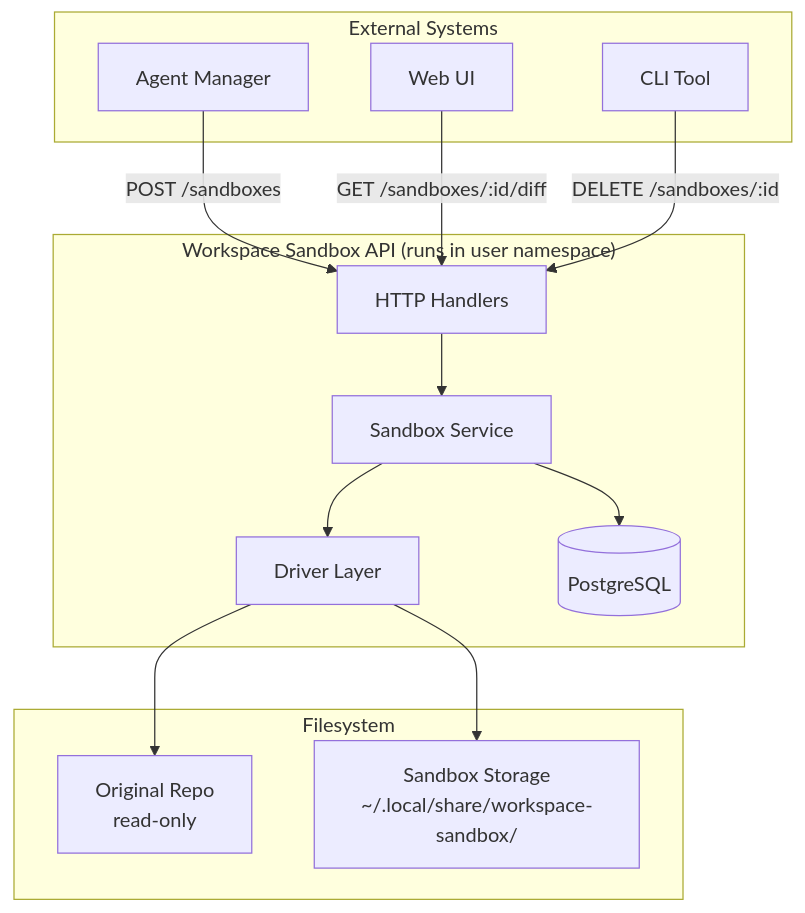
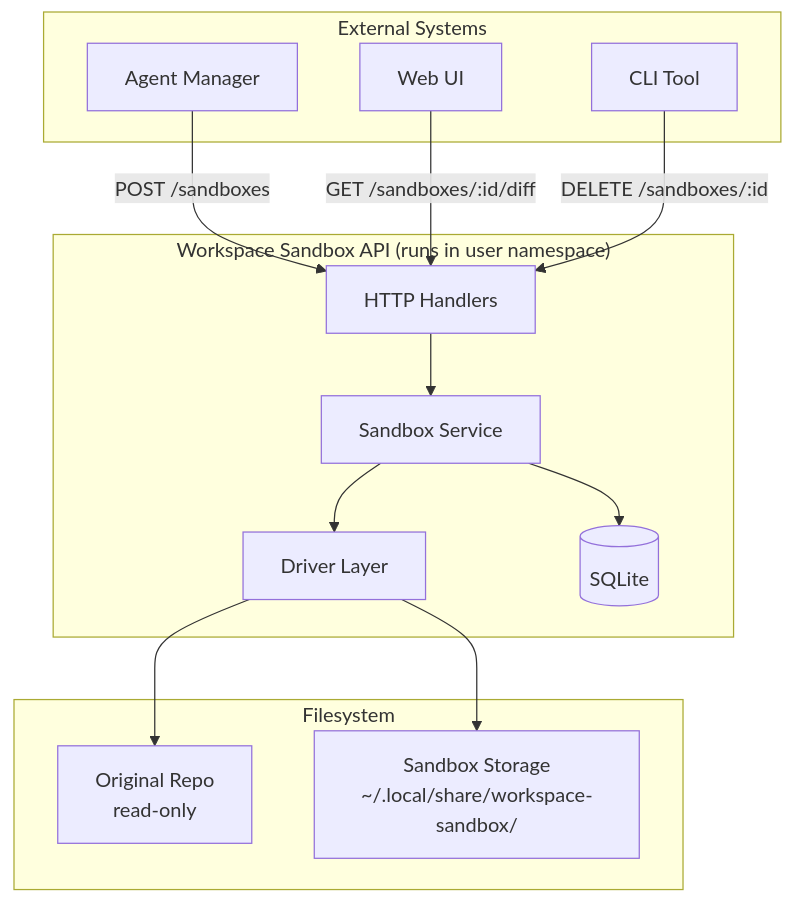
One commit to Vrooli/Vrooli changed the first of 8 diagrams in scenarios/workspace-sandbox/docs/ARCHITECTURE.md. Above: the diagram before and after it, drawn with Mermaid. The commit also changed other lines of this file and 54 other files, not shown here.

````diff
--- a/scenarios/workspace-sandbox/docs/ARCHITECTURE.md
+++ b/scenarios/workspace-sandbox/docs/ARCHITECTURE.md
@@ -57,30 +57,30 @@
 ```mermaid
 flowchart TB
     subgraph External["External Systems"]
         AM[Agent Manager]
         UI[Web UI]
         CLI[CLI Tool]
     end
 
     subgraph API["Workspace Sandbox API (runs in user namespace)"]
         H[HTTP Handlers]
         S[Sandbox Service]
         D[Driver Layer]
-        DB[(PostgreSQL)]
+        DB[(SQLite)]
     end
 
     subgraph Storage["Filesystem"]
         OR[Original Repo<br/>read-only]
         SB[Sandbox Storage<br/>~/.local/share/workspace-sandbox/]
     end
 
     AM -->|"POST /sandboxes"| H
     UI -->|"GET /sandboxes/:id/diff"| H
     CLI -->|"DELETE /sandboxes/:id"| H
 
     H --> S
     S --> D
     S --> DB
     D --> OR
     D --> SB
 ```
````
